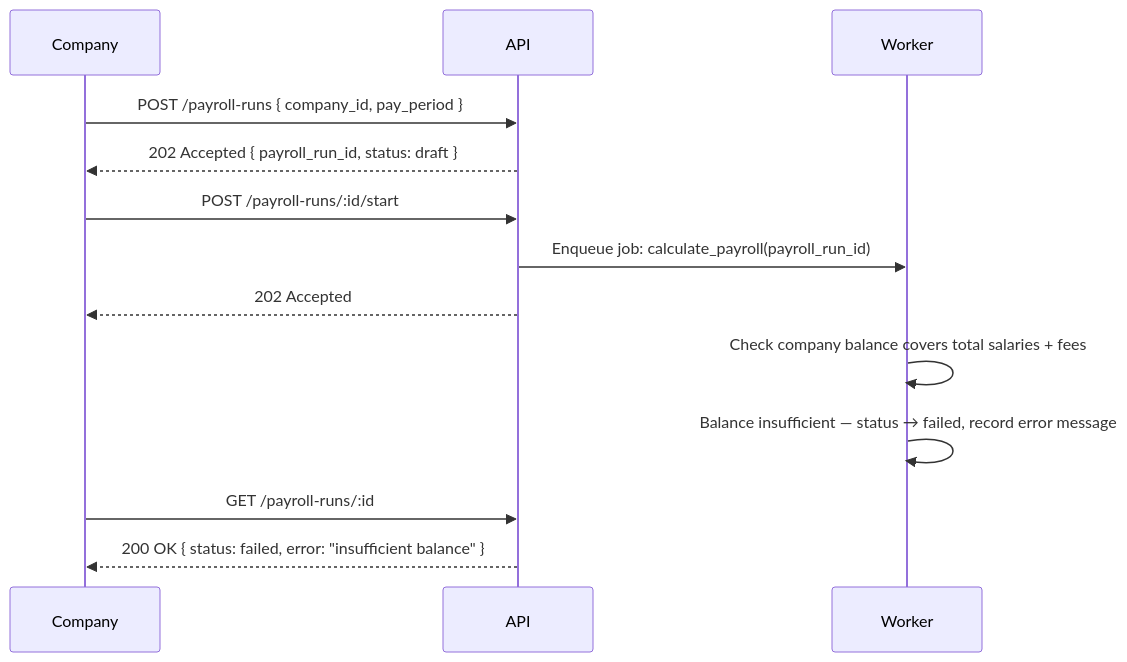
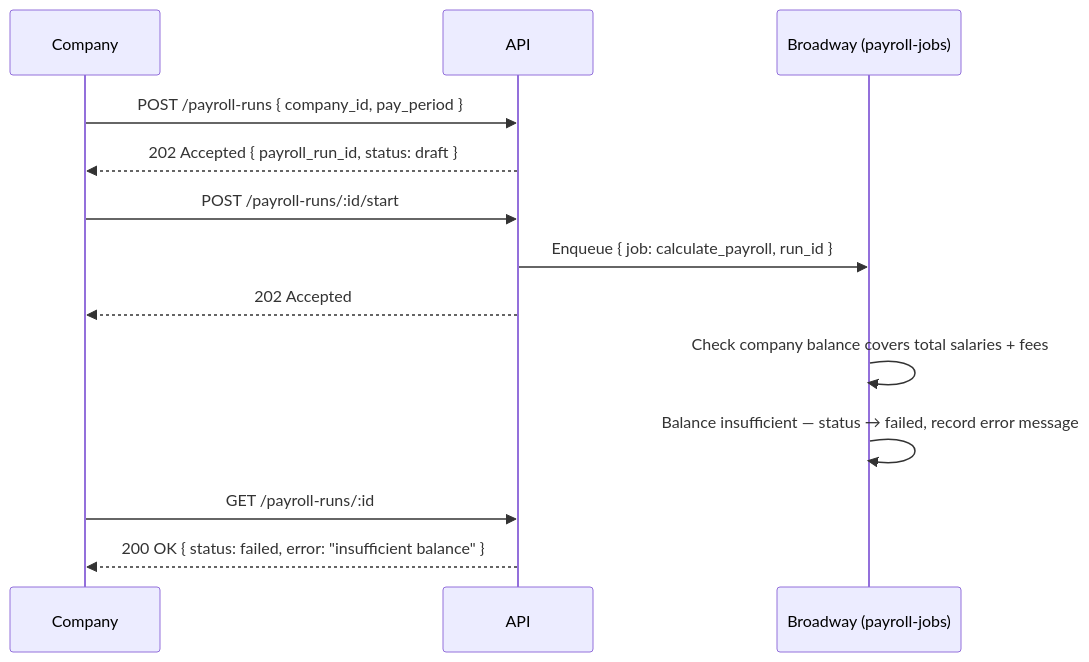
The second of 4 diagrams in Docs/1.5- SEQUENCE.md (jpdealba/global_payroll), drawn with Mermaid before and after one commit. The commit also changed other lines of this file and 4 other files, not shown here.

Commit message:
Enhance payment processing documentation and architecture overview

````diff
--- a/Docs/1.5- SEQUENCE.md
+++ b/Docs/1.5- SEQUENCE.md
@@ -57,19 +64,19 @@
 ```mermaid
 sequenceDiagram
     participant Company
     participant API
-    participant Worker
+    participant Worker as Broadway (payroll-jobs)
 
     Company->>API: POST /payroll-runs { company_id, pay_period }
     API-->>Company: 202 Accepted { payroll_run_id, status: draft }
 
     Company->>API: POST /payroll-runs/:id/start
-    API->>Worker: Enqueue job: calculate_payroll(payroll_run_id)
+    API->>Worker: Enqueue { job: calculate_payroll, run_id }
     API-->>Company: 202 Accepted
 
     Worker->>Worker: Check company balance covers total salaries + fees
     Worker->>Worker: Balance insufficient — status → failed, record error message
 
     Company->>API: GET /payroll-runs/:id
     API-->>Company: 200 OK { status: failed, error: "insufficient balance" }
 ```
````
